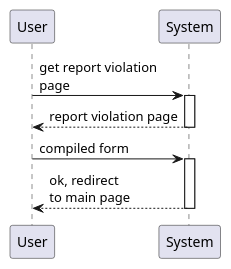
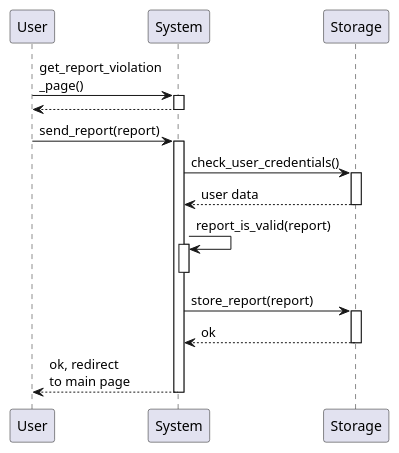
The first of 3 diagrams in RASD/materials/uml/useCases/reports.wsd (GiorgioUghini/SafeStreets), drawn with PlantUML before and after one commit. The commit also changed other lines of this file and 1 other file, not shown here.

Commit message:
Update sequence diagrams

```diff
--- a/RASD/materials/uml/useCases/reports.wsd
+++ b/RASD/materials/uml/useCases/reports.wsd
@@ -1,11 +1,18 @@
 @startuml creation_of_new_report
     participant User as U
     participant System as S
+    participant Storage as ST
 
     autoactivate on
 
-    U -> S: get report violation\npage
-    return report violation page
-    U -> S: compiled form
+    U -> S: get_report_violation\n_page()
+    return
+    U -> S: send_report(report)
+    S -> ST: check_user_credentials()
+    return user data
+    S -> S: report_is_valid(report)
+    deactivate S
+    S -> ST: store_report(report)
+    return ok
     return ok, redirect\nto main page
 @enduml
```
